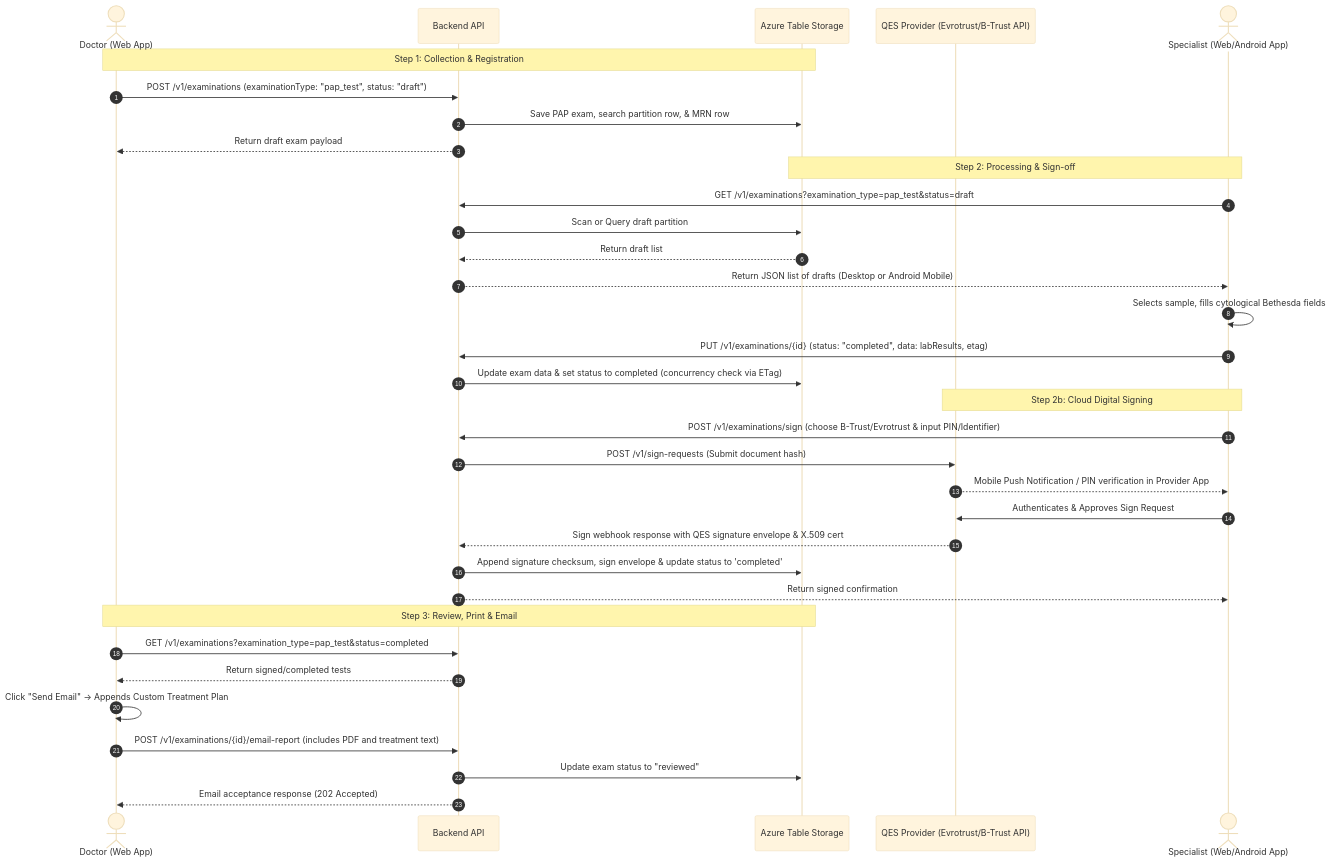
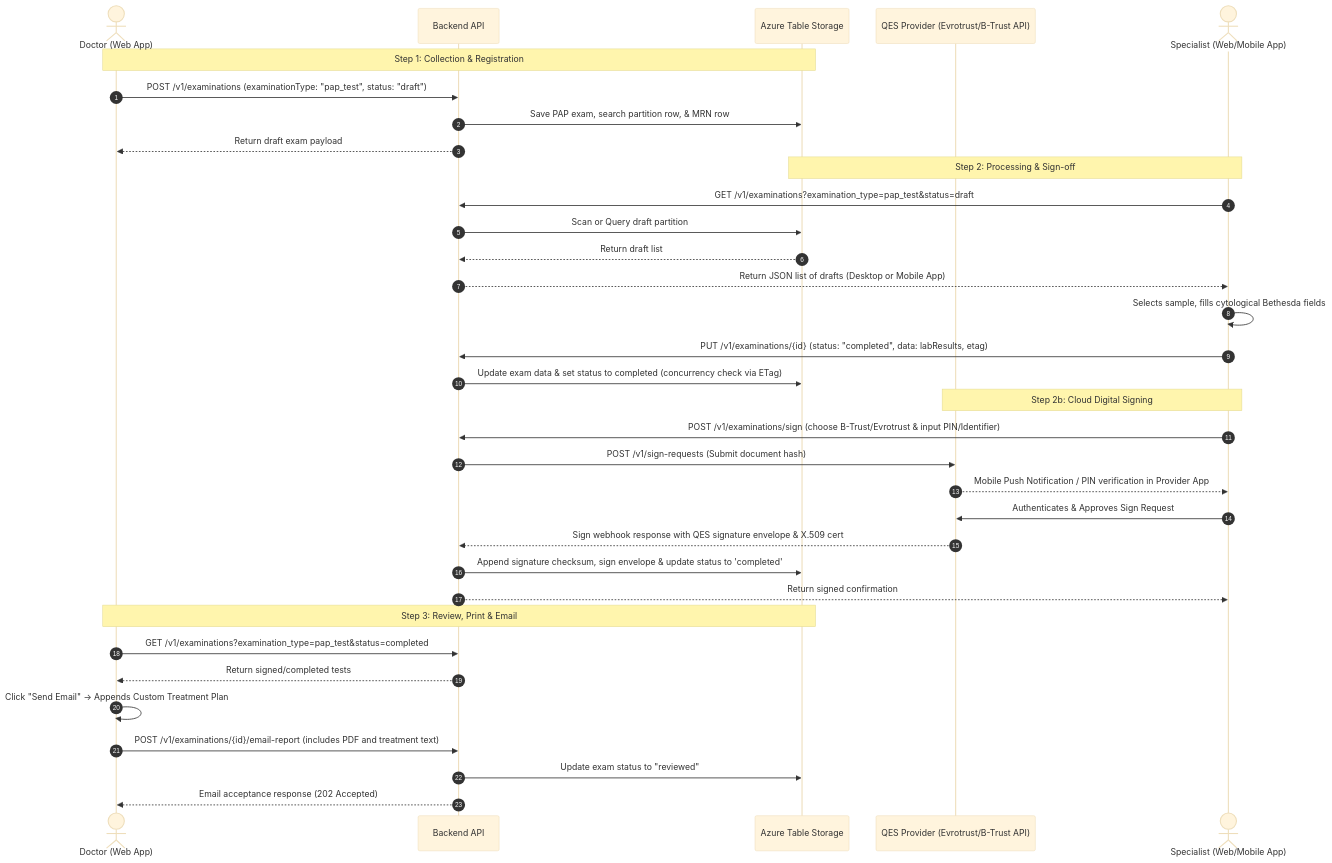
One commit to mbelianov/ag-forms changed the diagram in docs2/PAP-TEST-USER-STORIES.md. Above: the diagram before and after it, drawn with Mermaid (base theme). The commit also changed other lines of this file, not shown here.

Commit message:
docs: add iOS support for PAP Test specialist workflow

````diff
--- a/docs2/PAP-TEST-USER-STORIES.md
+++ b/docs2/PAP-TEST-USER-STORIES.md
@@ -15,40 +15,40 @@
 ```mermaid
 sequenceDiagram
     autonumber
     actor Doctor as Doctor (Web App)
     participant API as Backend API
     participant DB as Azure Table Storage
     participant QES as QES Provider (Evrotrust/B-Trust API)
-    actor Specialist as Specialist (Web/Android App)
+    actor Specialist as Specialist (Web/Mobile App)
 
     Note over Doctor, DB: Step 1: Collection & Registration
     Doctor->>API: POST /v1/examinations (examinationType: "pap_test", status: "draft")
     API->>DB: Save PAP exam, search partition row, & MRN row
     API-->>Doctor: Return draft exam payload
 
     Note over Specialist, DB: Step 2: Processing & Sign-off
     Specialist->>API: GET /v1/examinations?examination_type=pap_test&status=draft
     API->>DB: Scan or Query draft partition
     DB-->>API: Return draft list
-    API-->>Specialist: Return JSON list of drafts (Desktop or Android Mobile)
+    API-->>Specialist: Return JSON list of drafts (Desktop or Mobile App)
     Specialist->>Specialist: Selects sample, fills cytological Bethesda fields
     Specialist->>API: PUT /v1/examinations/{id} (status: "completed", data: labResults, etag)
     API->>DB: Update exam data & set status to completed (concurrency check via ETag)
     
     Note over Specialist, QES: Step 2b: Cloud Digital Signing
     Specialist->>API: POST /v1/examinations/sign (choose B-Trust/Evrotrust & input PIN/Identifier)
     API->>QES: POST /v1/sign-requests (Submit document hash)
     QES-->>Specialist: Mobile Push Notification / PIN verification in Provider App
     Specialist->>QES: Authenticates & Approves Sign Request
     QES-->>API: Sign webhook response with QES signature envelope & X.509 cert
     API->>DB: Append signature checksum, sign envelope & update status to 'completed'
     API-->>Specialist: Return signed confirmation
 
     Note over Doctor, DB: Step 3: Review, Print & Email
     Doctor->>API: GET /v1/examinations?examination_type=pap_test&status=completed
     API-->>Doctor: Return signed/completed tests
     Doctor->>Doctor: Click "Send Email" -> Appends Custom Treatment Plan
     Doctor->>API: POST /v1/examinations/{id}/email-report (includes PDF and treatment text)
     API->>DB: Update exam status to "reviewed"
     API-->>Doctor: Email acceptance response (202 Accepted)
 ```
````
